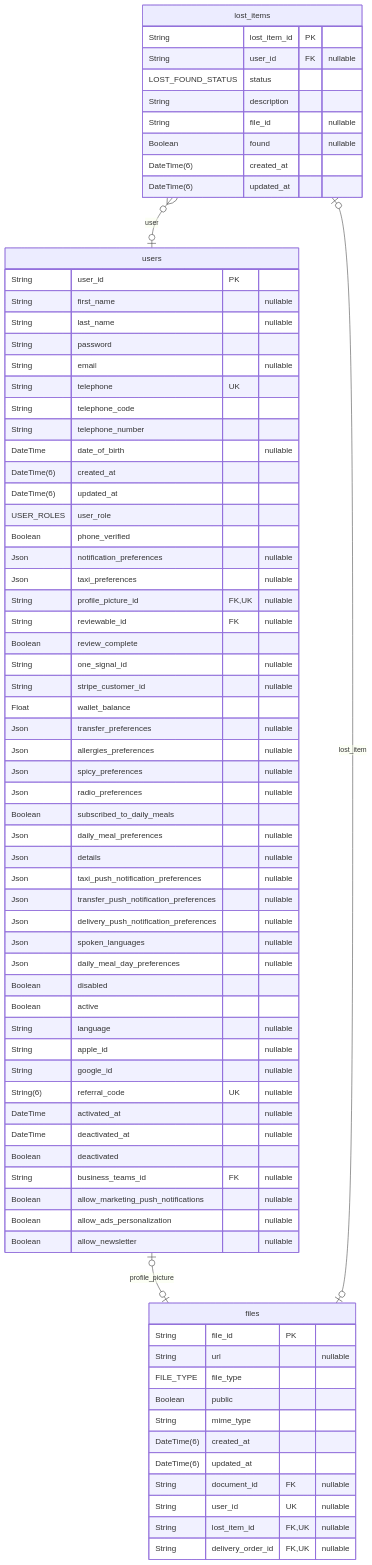
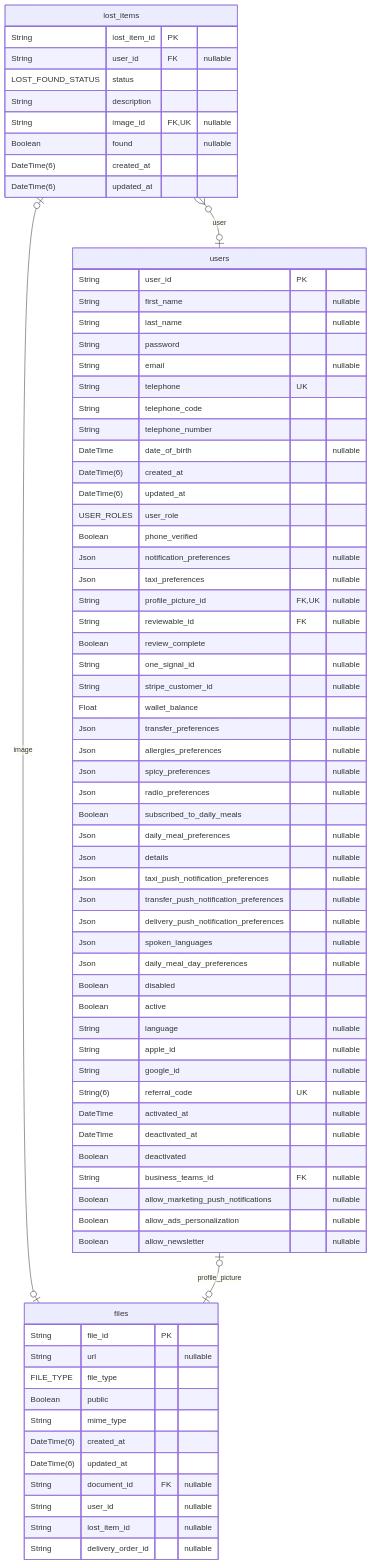
Before and after one commit to pbozic/be-analyisis: diagram 11 of 40 in prisma/schemas/ERD.md, drawn with Mermaid. The commit also changed other lines of this file and 4 other files, not shown here.

````diff
--- a/prisma/schemas/ERD.md
+++ b/prisma/schemas/ERD.md
@@ -1890,77 +2129,77 @@
 ```mermaid
 erDiagram
 "lost_items" {
   String lost_item_id PK
   String user_id FK "nullable"
   LOST_FOUND_STATUS status
   String description
-  String file_id "nullable"
+  String image_id FK,UK "nullable"
   Boolean found "nullable"
   DateTime(6) created_at
   DateTime(6) updated_at
 }
 "files" {
   String file_id PK
   String url "nullable"
   FILE_TYPE file_type
   Boolean public
   String mime_type
   DateTime(6) created_at
   DateTime(6) updated_at
   String document_id FK "nullable"
-  String user_id UK "nullable"
-  String lost_item_id FK,UK "nullable"
-  String delivery_order_id FK,UK "nullable"
+  String user_id "nullable"
+  String lost_item_id "nullable"
+  String delivery_order_id "nullable"
 }
 "users" {
   String user_id PK
   String first_name "nullable"
   String last_name "nullable"
   String password
   String email "nullable"
   String telephone UK
   String telephone_code
   String telephone_number
   DateTime date_of_birth "nullable"
   DateTime(6) created_at
   DateTime(6) updated_at
   USER_ROLES user_role
   Boolean phone_verified
   Json notification_preferences "nullable"
   Json taxi_preferences "nullable"
   String profile_picture_id FK,UK "nullable"
   String reviewable_id FK "nullable"
   Boolean review_complete
   String one_signal_id "nullable"
   String stripe_customer_id "nullable"
   Float wallet_balance
   Json transfer_preferences "nullable"
   Json allergies_preferences "nullable"
   Json spicy_preferences "nullable"
   Json radio_preferences "nullable"
   Boolean subscribed_to_daily_meals
   Json daily_meal_preferences "nullable"
   Json details "nullable"
   Json taxi_push_notification_preferences "nullable"
   Json transfer_push_notification_preferences "nullable"
   Json delivery_push_notification_preferences "nullable"
   Json spoken_languages "nullable"
   Json daily_meal_day_preferences "nullable"
   Boolean disabled
   Boolean active
   String language "nullable"
   String apple_id "nullable"
   String google_id "nullable"
   String(6) referral_code UK "nullable"
   DateTime activated_at "nullable"
   DateTime deactivated_at "nullable"
   Boolean deactivated
   String business_teams_id FK "nullable"
   Boolean allow_marketing_push_notifications "nullable"
   Boolean allow_ads_personalization "nullable"
   Boolean allow_newsletter "nullable"
 }
+"lost_items" |o--o| "files" : image
 "lost_items" }o--o| "users" : user
-"files" |o--o| "lost_items" : lost_item
 "users" |o--o| "files" : profile_picture
 ```
````
